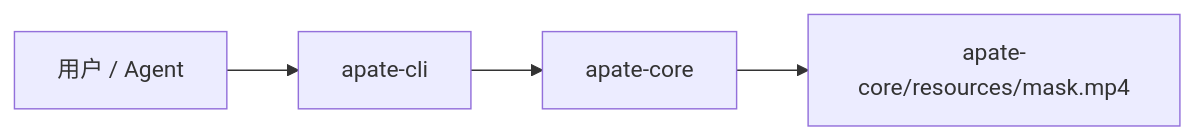
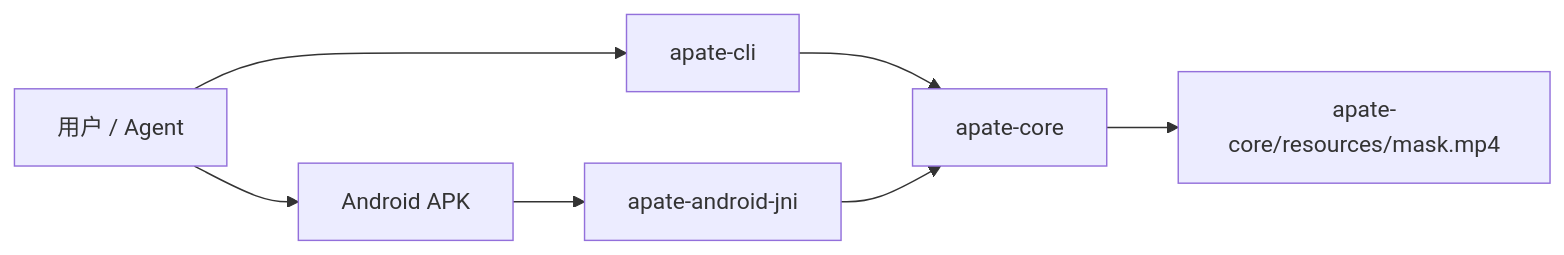
The first of 3 diagrams in docs/ARCHITECTURE.md (SakurajimMai/apate), drawn with Mermaid before and after one commit. The commit also changed other lines of this file and 34 other files, not shown here.

Commit message:
feat: add android restore apk

````diff
--- a/docs/ARCHITECTURE.md
+++ b/docs/ARCHITECTURE.md
@@ -28,11 +34,16 @@
 ```mermaid
 graph LR
     User[用户 / Agent]
     CLI[apate-cli]
+    Android[Android APK]
+    JNI[apate-android-jni]
     Core[apate-core]
     Mask[apate-core/resources/mask.mp4]
 
     User --> CLI
     CLI --> Core
+    User --> Android
+    Android --> JNI
+    JNI --> Core
     Core --> Mask
 ```
````
